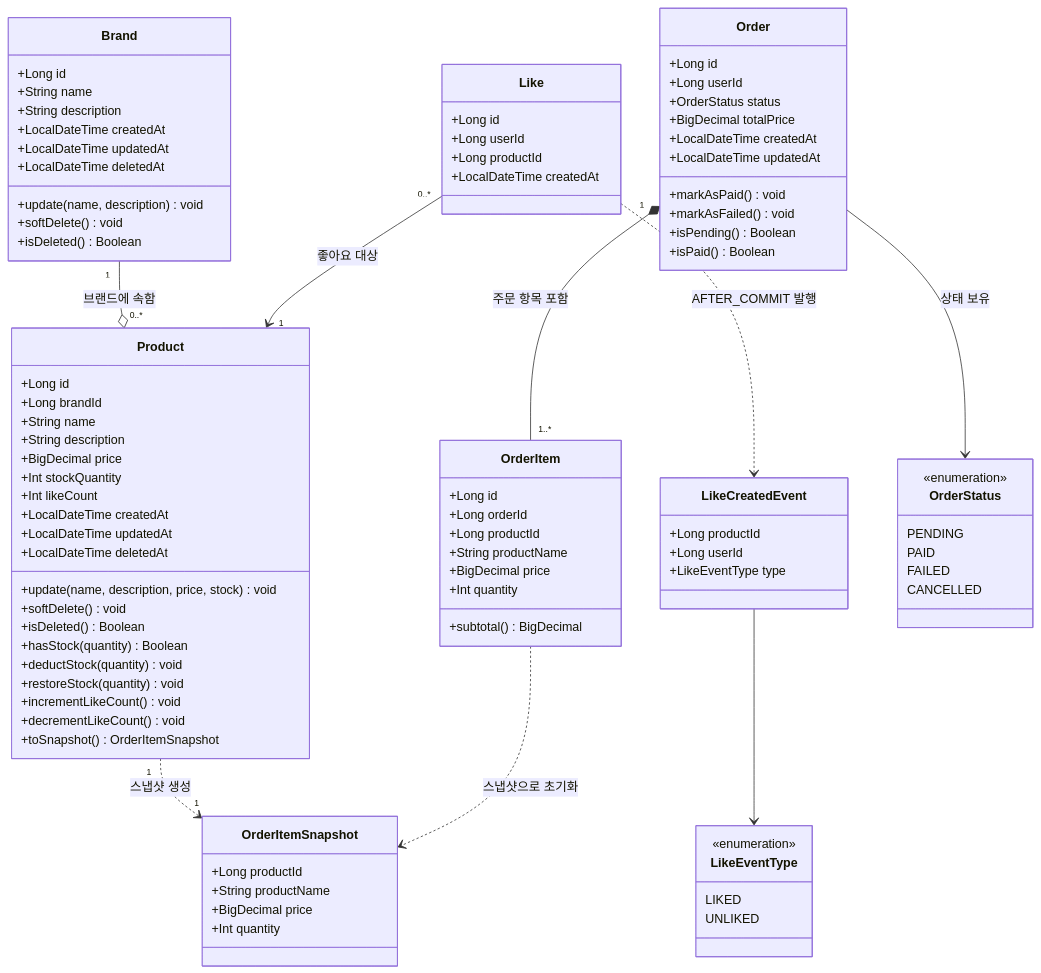
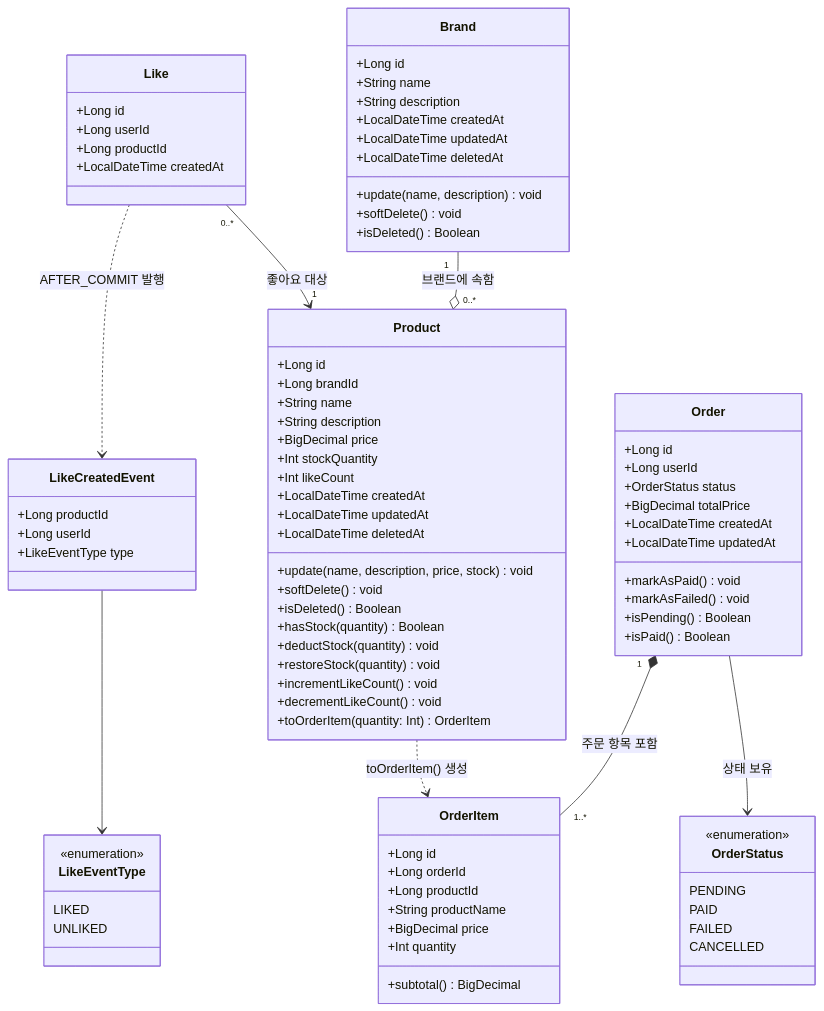
The diagram in docs/week2/03-class-diagram.md (yeonjoo7/loop-pack-be-l2-vol4-kotlin), drawn with Mermaid before and after one commit. The commit also changed other lines of this file and 1 other file, not shown here.

Commit message:
docs: remove OrderItemSnapshot VO, add like_count to ERD
- OrderItemSnapshot 제거: OrderItem 자체가 스냅샷 역할 수행
- Product.toSnapshot() → toOrderItem(quantity)으로 단순화
- ERD products 테이블에 like_count 컬럼 추가

https://claude.ai/code/session_019WBWjefkgawTKtp8sDjSwL

```diff
--- a/docs/week2/03-class-diagram.md
+++ b/docs/week2/03-class-diagram.md
@@ -47,7 +47,7 @@
         +restoreStock(quantity) void
         +incrementLikeCount() void
         +decrementLikeCount() void
-        +toSnapshot() OrderItemSnapshot
+        +toOrderItem(quantity: Int) OrderItem
     }
 
     class LikeCreatedEvent {
@@ -92,13 +92,6 @@
         +subtotal() BigDecimal
     }
 
-    class OrderItemSnapshot {
-        +Long productId
-        +String productName
-        +BigDecimal price
-        +Int quantity
-    }
-
     class OrderStatus {
         <<enumeration>>
         PENDING
@@ -109,8 +102,7 @@
 
     Brand "1" --o "0..*" Product : 브랜드에 속함
     Order "1" *-- "1..*" OrderItem : 주문 항목 포함
-    Product "1" ..> "1" OrderItemSnapshot : 스냅샷 생성
-    OrderItem ..> OrderItemSnapshot : 스냅샷으로 초기화
+    Product ..> OrderItem : toOrderItem() 생성
     Order --> OrderStatus : 상태 보유
     Like "0..*" --> "1" Product : 좋아요 대상
     Like ..> LikeCreatedEvent : AFTER_COMMIT 발행
```
